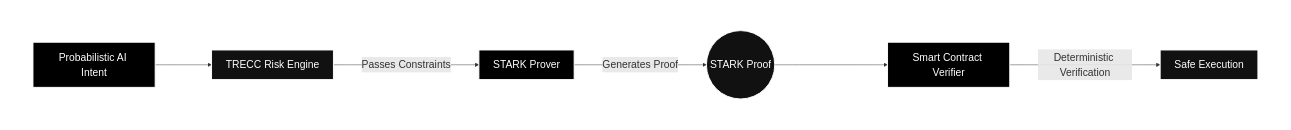
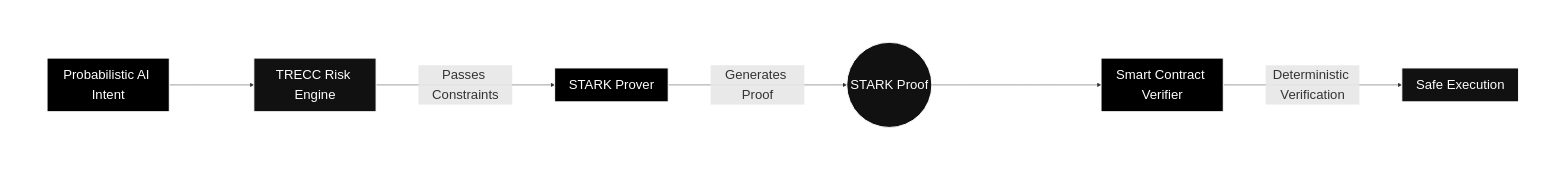
One commit to TRECC-eth/docs changed the second of 3 diagrams in concepts/guardrails.mdx. Above: the diagram before and after it, drawn with Mermaid.

Commit message:
new update

````diff
--- a/concepts/guardrails.mdx
+++ b/concepts/guardrails.mdx
@@ -74,24 +74,24 @@
 ```mermaid
-%%{init: {'themeVariables': {'fontSize': '22px', 'fontFamily': 'Inter'}, 'flowchart': {'nodeSpacing': 90, 'rankSpacing': 120, 'curve': 'basis'}}}%%
+%%{init: {'themeVariables': {'fontSize': '28px', 'fontFamily': 'Inter'}, 'flowchart': {'useMaxWidth': false, 'nodeSpacing': 140, 'rankSpacing': 180, 'curve': 'basis'}}}%%
 flowchart LR
     subgraph Off_Chain [TRECC Off-Chain Environment]
         Intent[Probabilistic AI Intent] --> Risk[TRECC Risk Engine]
         Risk -->|Passes Constraints| Prover[STARK Prover]
         Prover -->|Generates Proof| Proof((STARK Proof))
     end
 
     subgraph Starknet_Mainnet [Starknet Execution Layer]
         Proof --> Verifier[Smart Contract Verifier]
         Verifier -->|Deterministic Verification| Execution[Safe Execution]
     end
 
     style Intent fill:#000000,stroke:#ffffff,color:#ffffff,stroke-width:2px
     style Risk fill:#111111,stroke:#ffffff,color:#ffffff,stroke-width:2px
     style Prover fill:#000000,stroke:#ffffff,color:#ffffff,stroke-width:2px
     style Proof fill:#111111,stroke:#ffffff,color:#ffffff,stroke-width:2px
     style Verifier fill:#000000,stroke:#ffffff,color:#ffffff,stroke-width:2px
     style Execution fill:#111111,stroke:#ffffff,color:#ffffff,stroke-width:2px
     style Off_Chain fill:none,stroke:#ffffff,color:#ffffff,stroke-dasharray: 5 5
     style Starknet_Mainnet fill:none,stroke:#ffffff,color:#ffffff,stroke-dasharray: 5 5
 
 ```
````
